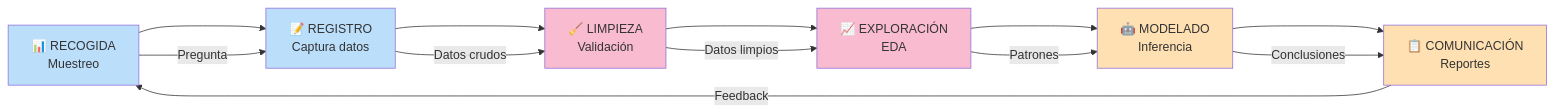
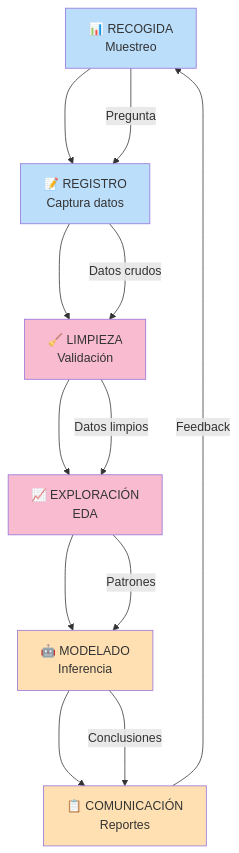
One commit to raul-drupal-dev/uax-estadistica-I changed the first of 2 diagrams in docs/ud1/proceso-analisis-datos.md. Above: the diagram before and after it, drawn with Mermaid. The commit also changed 9 other files, not shown here.

````diff
--- a/docs/ud1/proceso-analisis-datos.md
+++ b/docs/ud1/proceso-analisis-datos.md
@@ -24,22 +24,22 @@
 ```mermaid
-graph LR
+graph TD
     A["📊 RECOGIDA<br/>Muestreo"] --> B["📝 REGISTRO<br/>Captura datos"]
     B --> C["🧹 LIMPIEZA<br/>Validación"]
     C --> D["📈 EXPLORACIÓN<br/>EDA"]
     D --> E["🤖 MODELADO<br/>Inferencia"]
     E --> F["📋 COMUNICACIÓN<br/>Reportes"]
 
     A --->|Pregunta| B
     B --->|Datos crudos| C
     C --->|Datos limpios| D
     D --->|Patrones| E
     E --->|Conclusiones| F
     F --->|Feedback| A
 
     style A fill:#bbdefb
     style B fill:#bbdefb
     style C fill:#f8bbd0
     style D fill:#f8bbd0
     style E fill:#ffe0b2
     style F fill:#ffe0b2
 ```
````
